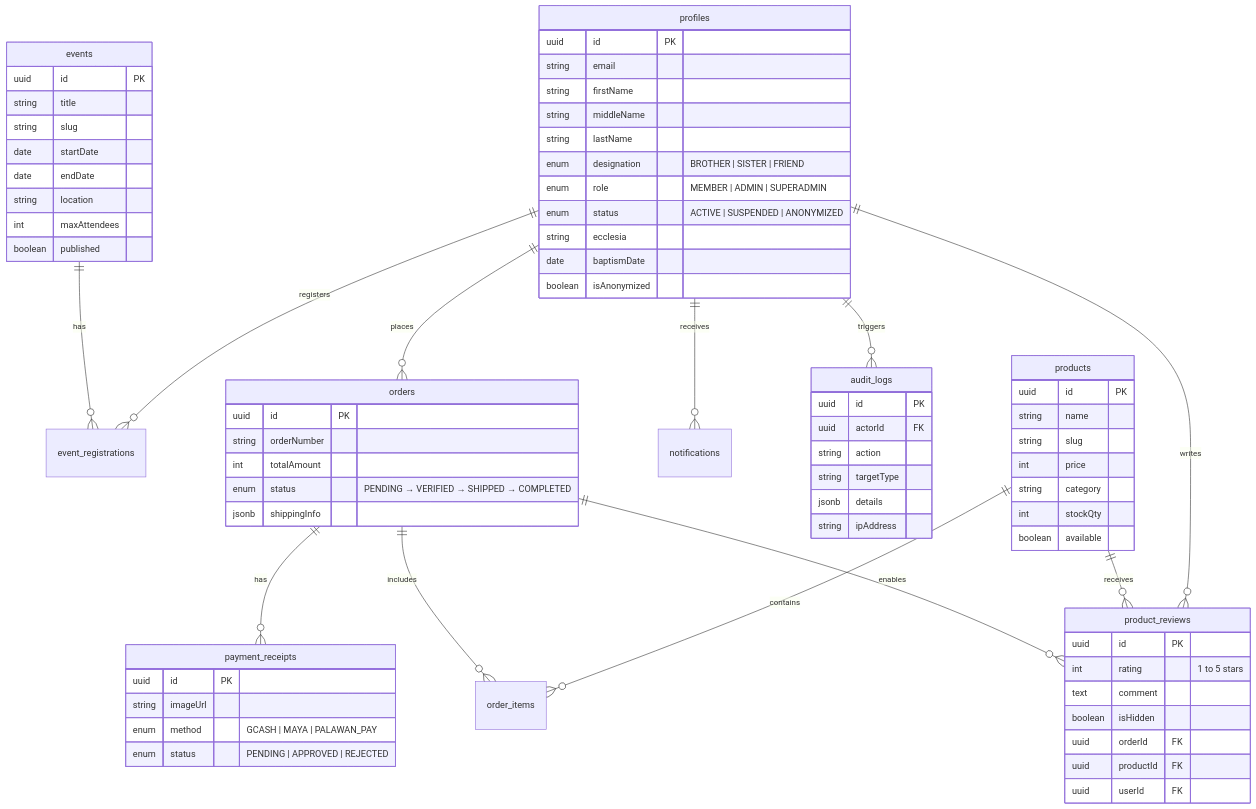
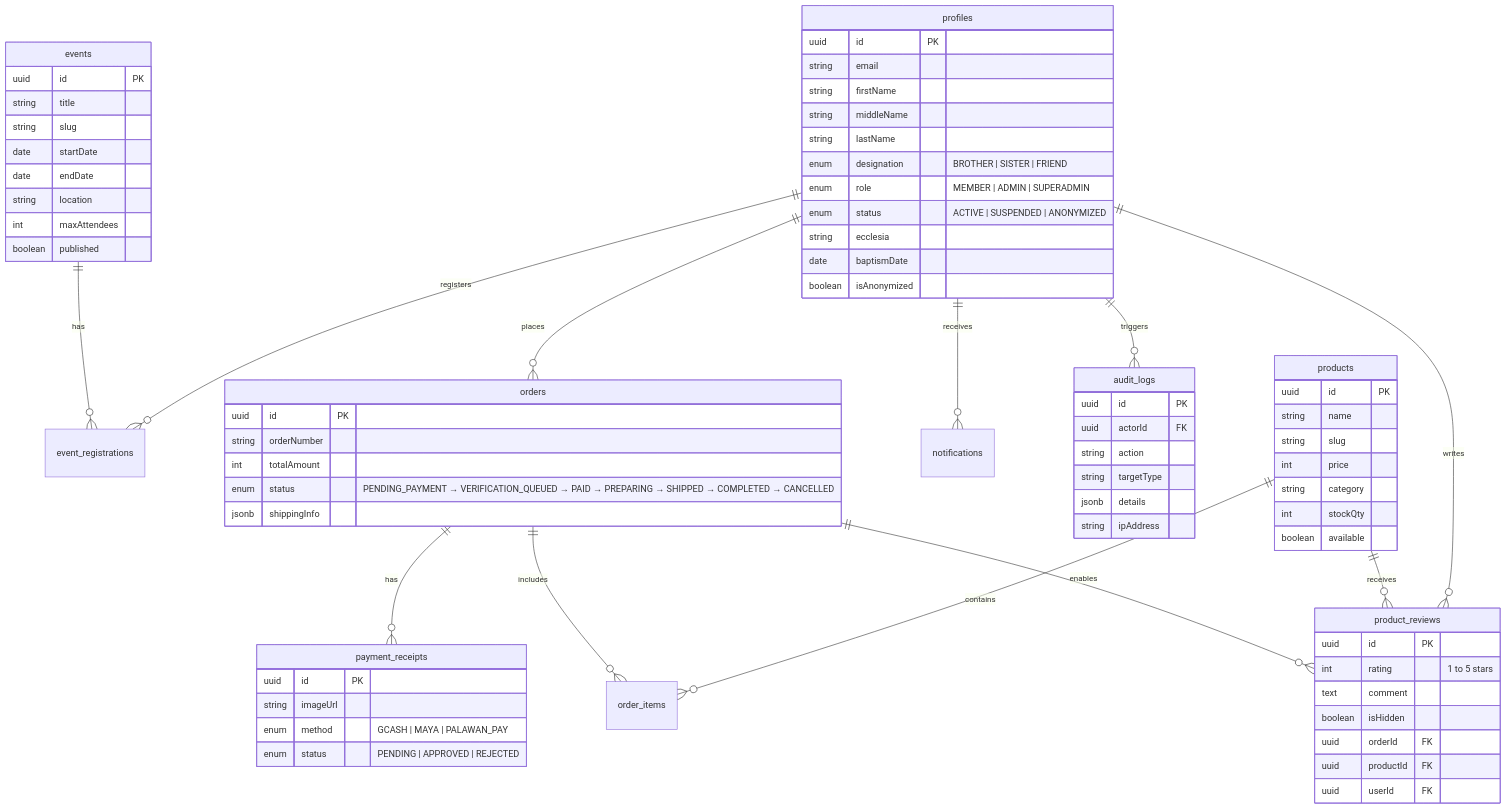
The second of 2 diagrams in README.md (yurizz-crypto/pcyc-space), drawn with Mermaid before and after one commit. The commit also changed other lines of this file and 6 other files, not shown here.

```diff
--- a/README.md
+++ b/README.md
@@ -484,7 +488,7 @@
         uuid id PK
         string orderNumber
         int totalAmount
-        enum status "PENDING → VERIFIED → SHIPPED → COMPLETED"
+        enum status "PENDING_PAYMENT → VERIFICATION_QUEUED → PAID → PREPARING → SHIPPED → COMPLETED → CANCELLED"
         jsonb shippingInfo
     }
 
```
